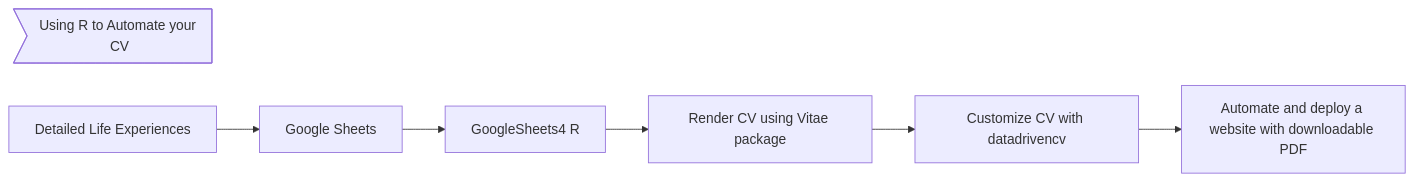
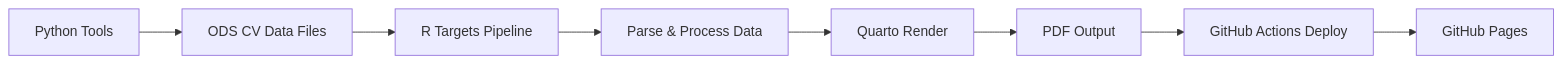
The diagram in Readme.md (dar4datascience/Curriculum-Vitae), drawn with Mermaid before and after one commit. The commit also changed other lines of this file, not shown here.

````diff
--- a/Readme.md
+++ b/Readme.md
@@ -23,9 +11,10 @@
 ```mermaid
   graph LR;
-      explanation>Using R to Automate your CV]
-      A[Detailed Life Experiences]-->B[Google Sheets];
-      B-->C[GoogleSheets4 R];
-      C-->D[Render CV using Vitae package];
-      D-->E[Customize CV with datadrivencv]
-      E-->F[Automate and deploy a website with downloadable PDF];
+      A[ODS CV Data Files]-->B[R Targets Pipeline];
+      B-->C[Parse & Process Data];
+      C-->D[Quarto Render];
+      D-->E[PDF Output];
+      E-->F[GitHub Actions Deploy];
+      F-->G[GitHub Pages];
+      H[Python Tools]-->A;
 ```
````
